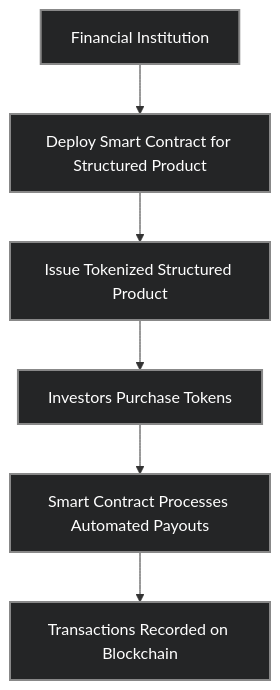
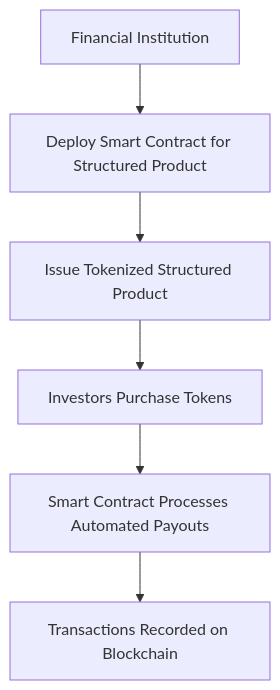
Before and after one commit to settlemint/docs: the fourth of 12 diagrams in docs/application-development-kits/asset-tokenization/usecase.md, drawn with Mermaid.

Commit message:
fix CSS issue with mermaid

````diff
--- a/docs/application-development-kits/asset-tokenization/usecase.md
+++ b/docs/application-development-kits/asset-tokenization/usecase.md
@@ -121,11 +121,8 @@
 ```mermaid
 graph TD
     A[Financial Institution] --> B[Deploy Smart Contract for Structured Product]
     B --> C[Issue Tokenized Structured Product]
     C --> D[Investors Purchase Tokens]
     D --> E[Smart Contract Processes Automated Payouts]
     E --> F[Transactions Recorded on Blockchain]
-
-    classDef default fill:#242526,stroke:#888,stroke-width:2px,color:#fff;
-    class A,B,C,D,E,F default;
 ```
````
